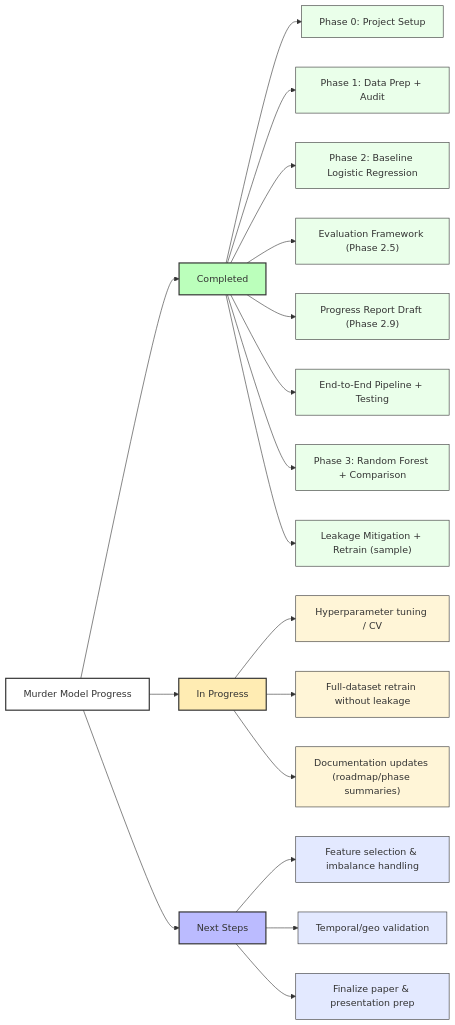
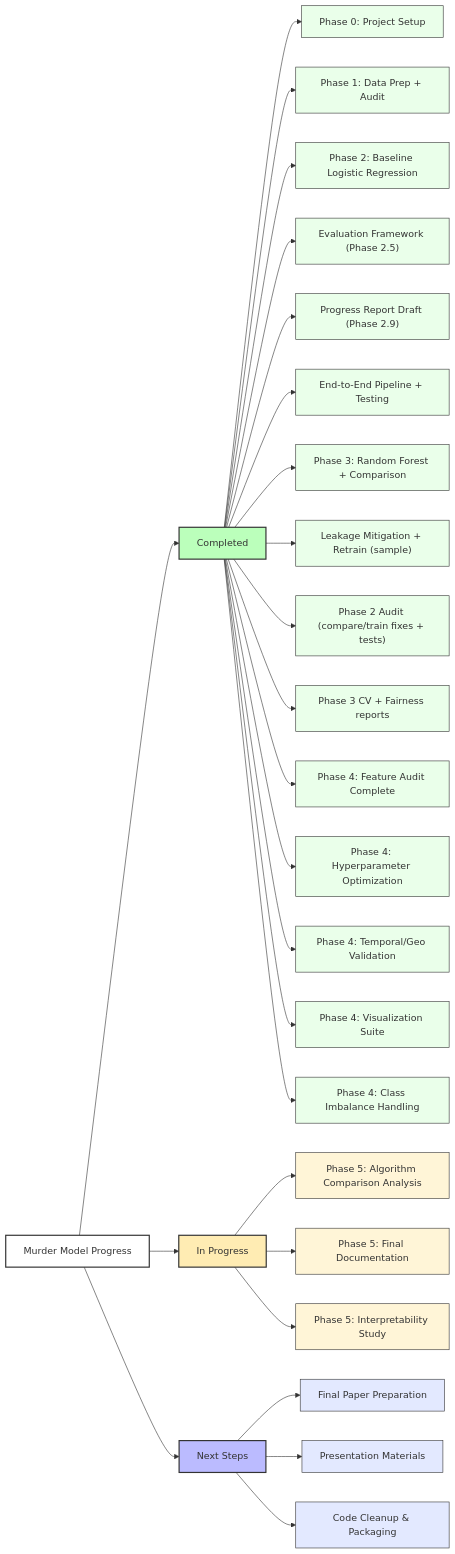
The diagram in .context/diagrams/progress.mmd (henatic/MurderModel), drawn with Mermaid before and after one commit. The commit also changed 13 other files, not shown here.

Commit message:
Phase 4 maked complete (before audit)

```diff
--- a/.context/diagrams/progress.mmd
+++ b/.context/diagrams/progress.mmd
@@ -1,46 +1,60 @@
 graph LR
     %% Overview
     ROOT[Murder Model Progress]
 
     %% Completed Work
     ROOT --> C[Completed]
     C --> C0["Phase 0: Project Setup"]
     C --> C1["Phase 1: Data Prep + Audit"]
     C --> C2["Phase 2: Baseline Logistic Regression"]
     C --> C3["Evaluation Framework (Phase 2.5)"]
     C --> C4["Progress Report Draft (Phase 2.9)"]
     C --> C5["End-to-End Pipeline + Testing"]
     C --> C6["Phase 3: Random Forest + Comparison"]
     C --> C7["Leakage Mitigation + Retrain (sample)"]
+    C --> C8["Phase 2 Audit (compare/train fixes + tests)"]
+    C --> C9["Phase 3 CV + Fairness reports"]
+    C --> C10["Phase 4: Feature Audit Complete"]
+    C --> C11["Phase 4: Hyperparameter Optimization"]
+    C --> C12["Phase 4: Temporal/Geo Validation"]
+    C --> C13["Phase 4: Visualization Suite"]
+    C --> C14["Phase 4: Class Imbalance Handling"]
 
     %% In Progress
     ROOT --> I[In Progress]
-    I --> I0["Hyperparameter tuning / CV"]
-    I --> I1["Full-dataset retrain without leakage"]
-    I --> I2["Documentation updates (roadmap/phase summaries)"]
+    I --> I0["Phase 5: Algorithm Comparison Analysis"]
+    I --> I1["Phase 5: Final Documentation"]
+    I --> I2["Phase 5: Interpretability Study"]
 
     %% Next Steps
     ROOT --> N[Next Steps]
-    N --> N0["Feature selection & imbalance handling"]
-    N --> N1["Temporal/geo validation"]
-    N --> N2["Finalize paper & presentation prep"]
+    N --> N0["Final Paper Preparation"]
+    N --> N1["Presentation Materials"]
+    N --> N2["Code Cleanup & Packaging"]
 
     %% Styling
     style ROOT fill:#fff,stroke:#333,stroke-width:2px
     style C fill:#bfb,stroke:#333,stroke-width:2px
     style I fill:#ffecb3,stroke:#333,stroke-width:2px
     style N fill:#bbf,stroke:#333,stroke-width:2px
     style C0 fill:#eaffea,stroke:#333,stroke-width:1px
     style C1 fill:#eaffea,stroke:#333,stroke-width:1px
     style C2 fill:#eaffea,stroke:#333,stroke-width:1px
     style C3 fill:#eaffea,stroke:#333,stroke-width:1px
     style C4 fill:#eaffea,stroke:#333,stroke-width:1px
     style C5 fill:#eaffea,stroke:#333,stroke-width:1px
     style C6 fill:#eaffea,stroke:#333,stroke-width:1px
     style C7 fill:#eaffea,stroke:#333,stroke-width:1px
+    style C8 fill:#eaffea,stroke:#333,stroke-width:1px
+    style C9 fill:#eaffea,stroke:#333,stroke-width:1px
+    style C10 fill:#eaffea,stroke:#333,stroke-width:1px
+    style C11 fill:#eaffea,stroke:#333,stroke-width:1px
+    style C12 fill:#eaffea,stroke:#333,stroke-width:1px
+    style C13 fill:#eaffea,stroke:#333,stroke-width:1px
+    style C14 fill:#eaffea,stroke:#333,stroke-width:1px
     style I0 fill:#fff5d7,stroke:#333,stroke-width:1px
     style I1 fill:#fff5d7,stroke:#333,stroke-width:1px
     style I2 fill:#fff5d7,stroke:#333,stroke-width:1px
     style N0 fill:#e3e9ff,stroke:#333,stroke-width:1px
     style N1 fill:#e3e9ff,stroke:#333,stroke-width:1px
     style N2 fill:#e3e9ff,stroke:#333,stroke-width:1px
```
